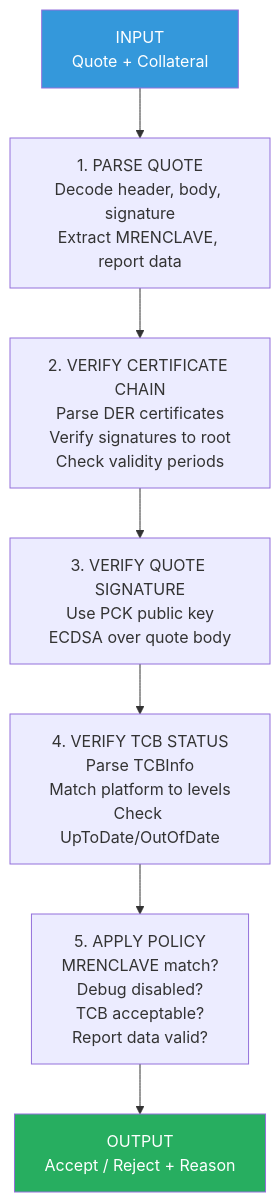
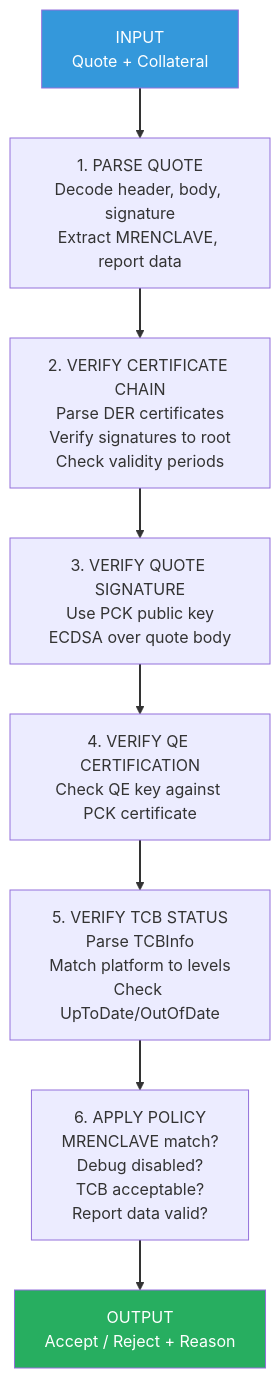
Before and after one commit to V-k-h/roots-of-trust: the ninth of 9 diagrams in posts/02-tee-attestation-model.md, drawn with Mermaid. The commit also changed other lines of this file, not shown here.

````diff
--- a/posts/02-tee-attestation-model.md
+++ b/posts/02-tee-attestation-model.md
@@ -437,26 +491,32 @@
 ```mermaid
 flowchart TD
     Input["INPUT<br>Quote + Collateral"]
     
     Step1["1. PARSE QUOTE<br>Decode header, body, signature<br>Extract MRENCLAVE, report data"]
     
     Step2["2. VERIFY CERTIFICATE CHAIN<br>Parse DER certificates<br>Verify signatures to root<br>Check validity periods"]
     
     Step3["3. VERIFY QUOTE SIGNATURE<br>Use PCK public key<br>ECDSA over quote body"]
+
+    Step4["4. VERIFY QE CERTIFICATION<br>Check QE key against PCK certificate"]
     
-    Step4["4. VERIFY TCB STATUS<br>Parse TCBInfo<br>Match platform to levels<br>Check UpToDate/OutOfDate"]
     
-    Step5["5. APPLY POLICY<br>MRENCLAVE match?<br>Debug disabled?<br>TCB acceptable?\nReport data valid?"]
+    Step5["5. VERIFY TCB STATUS<br>Parse TCBInfo<br>Match platform to levels<br>Check UpToDate/OutOfDate"]
+    
+    Step6["6. APPLY POLICY<br>MRENCLAVE match?<br>Debug disabled?<br>TCB acceptable?<br>Report data valid?"]
     
     Output["OUTPUT<br>Accept / Reject + Reason"]
     
     Input --> Step1
     Step1 --> Step2
     Step2 --> Step3
     Step3 --> Step4
     Step4 --> Step5
-    Step5 --> Output
+    Step5 --> Step6
+    Step6 --> Output
     
     style Input fill:#3498db,color:#fff
     style Output fill:#27ae60,color:#fff
+    
+    linkStyle default stroke:#333,stroke-width:2px
 ```
````
